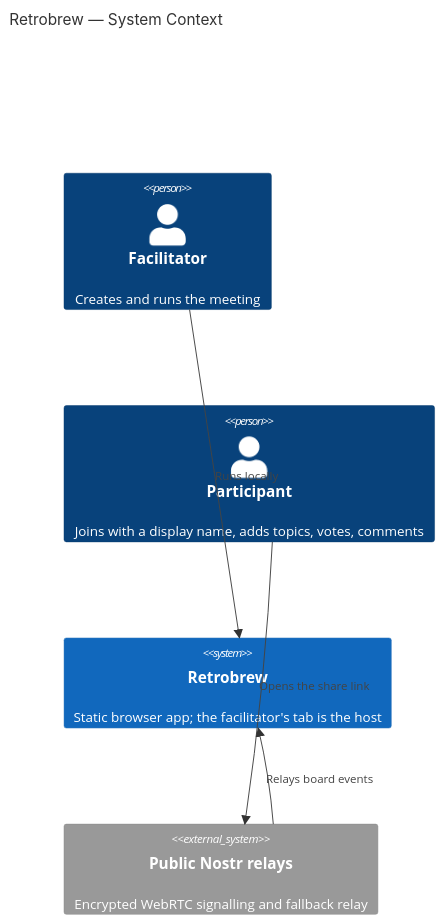
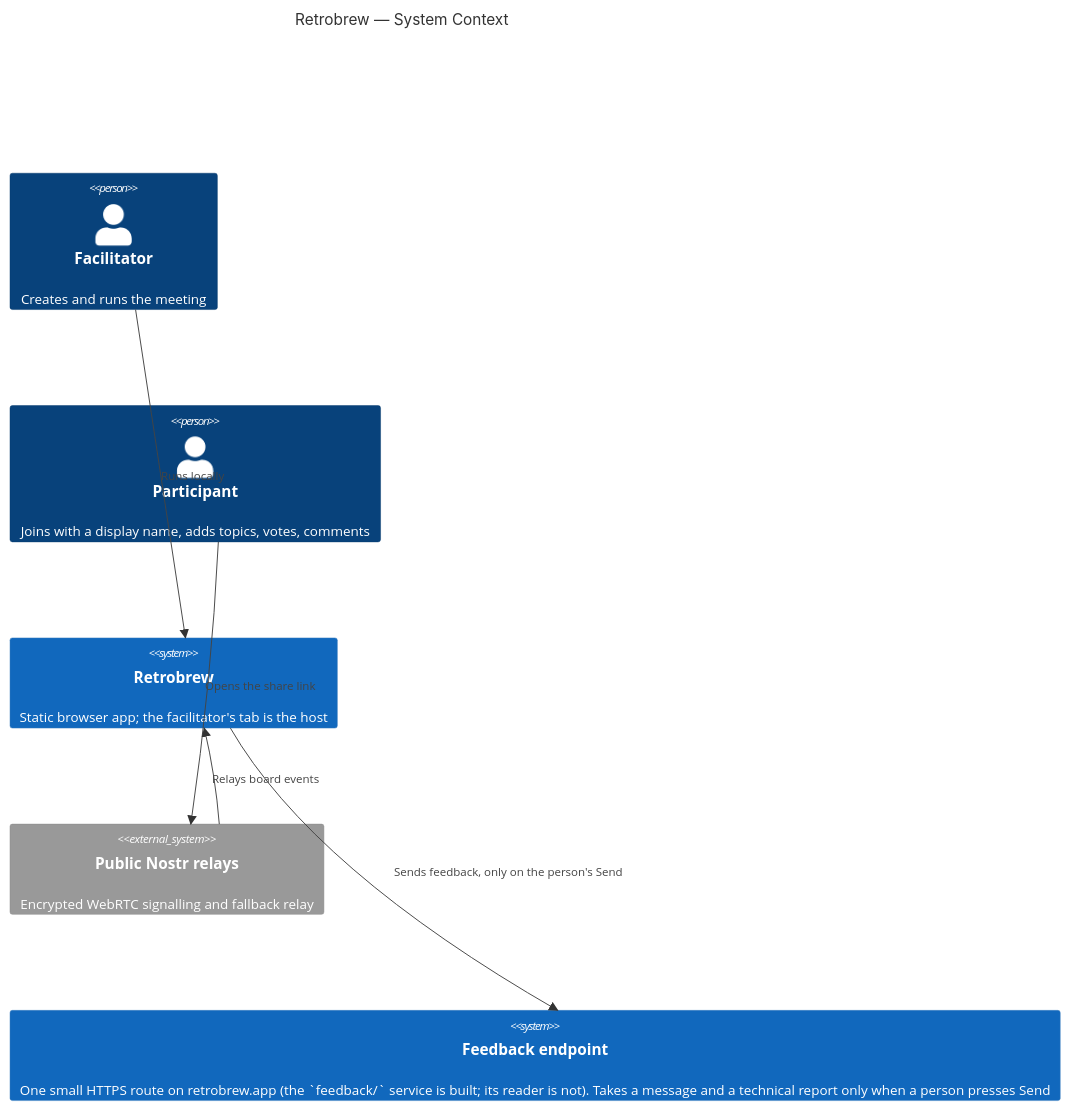
The diagram in ARCHITECTURE.md (tenfourty/retrobrew), drawn with Mermaid before and after one commit. The commit also changed other lines of this file and 150 other files, not shown here.

First line of the commit message:
Feedback button and endpoint (off unless a build sets FEEDBACK_ORIGIN), board-full notice, spoken banner recovery, focus fixes, reconnect and size-meter fixes

````diff
--- a/ARCHITECTURE.md
+++ b/ARCHITECTURE.md
@@ -9,13 +9,15 @@
 ```mermaid
 C4Context
 title Retrobrew — System Context
 
 Person(facilitator, "Facilitator", "Creates and runs the meeting")
 Person(participant, "Participant", "Joins with a display name, adds topics, votes, comments")
 System(app, "Retrobrew", "Static browser app; the facilitator's tab is the host")
 System_Ext(link, "Public Nostr relays", "Encrypted WebRTC signalling and fallback relay")
+System(feedback, "Feedback endpoint", "One small HTTPS route on retrobrew.app (the `feedback/` service is built; its reader is not). Takes a message and a technical report only when a person presses Send")
 
 Rel(facilitator, app, "Runs locally")
 Rel(participant, link, "Opens the share link")
 Rel(link, app, "Relays board events")
+Rel(app, feedback, "Sends feedback, only on the person's Send")
 ```
````
